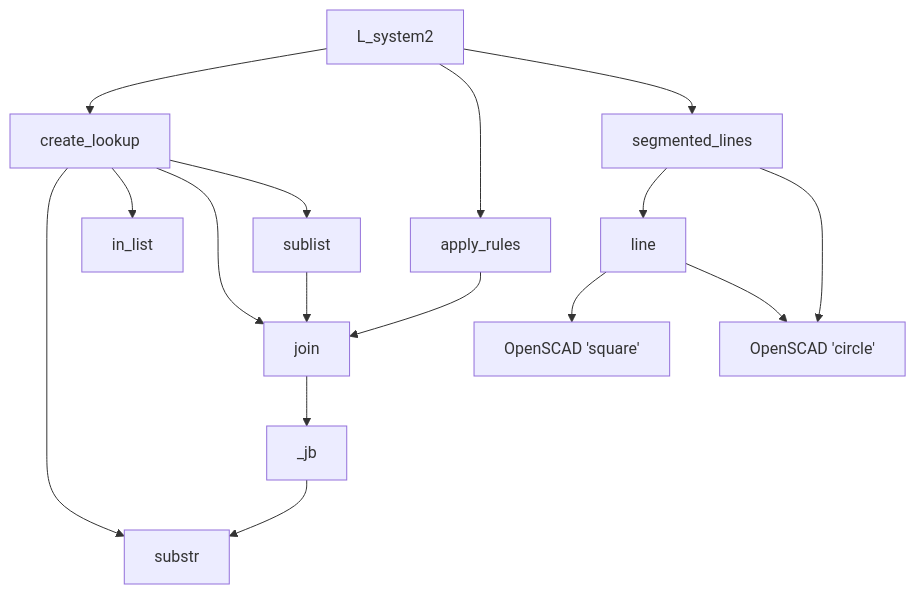
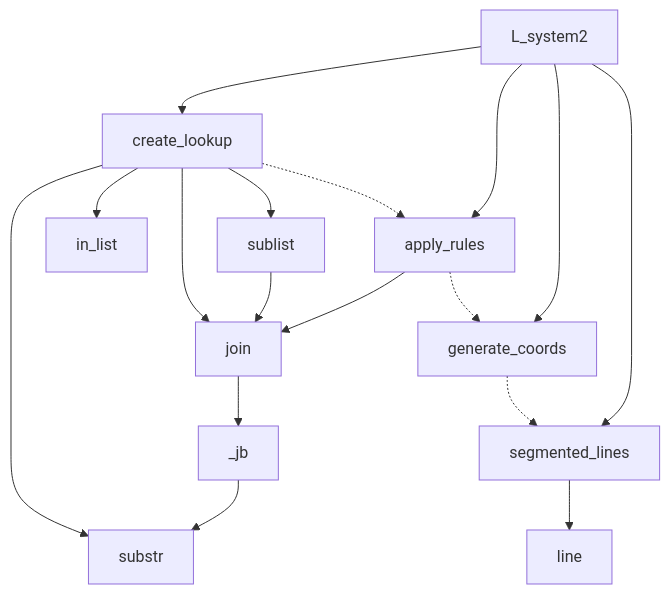
The diagram in src/README.md (CameronBrooks11/L-System-SCAD), drawn with Mermaid before and after one commit. The commit also changed 1 other file, not shown here.

Commit message:
updated docs flowchart

````diff
--- a/src/README.md
+++ b/src/README.md
@@ -5,26 +7,26 @@
 ```mermaid
 graph TD
   L_system2 --> create_lookup
   L_system2 --> apply_rules
+  L_system2 --> generate_coords
   L_system2 --> segmented_lines
 
   create_lookup --> substr
   create_lookup --> in_list
   create_lookup --> join
 
   apply_rules --> join
 
   segmented_lines --> line
-  segmented_lines --> circle["OpenSCAD 'circle'"]
 
-  join --> _jb
+  join --> _jb 
 
   _jb --> substr
   sublist --> join
 
-  line --> square["OpenSCAD 'square'"]
-  line --> circle["OpenSCAD 'circle'"]
-
   create_lookup --> sublist
 
+  create_lookup -.-> apply_rules
+  apply_rules -.-> generate_coords 
+  generate_coords -.-> segmented_lines
 ```
````
